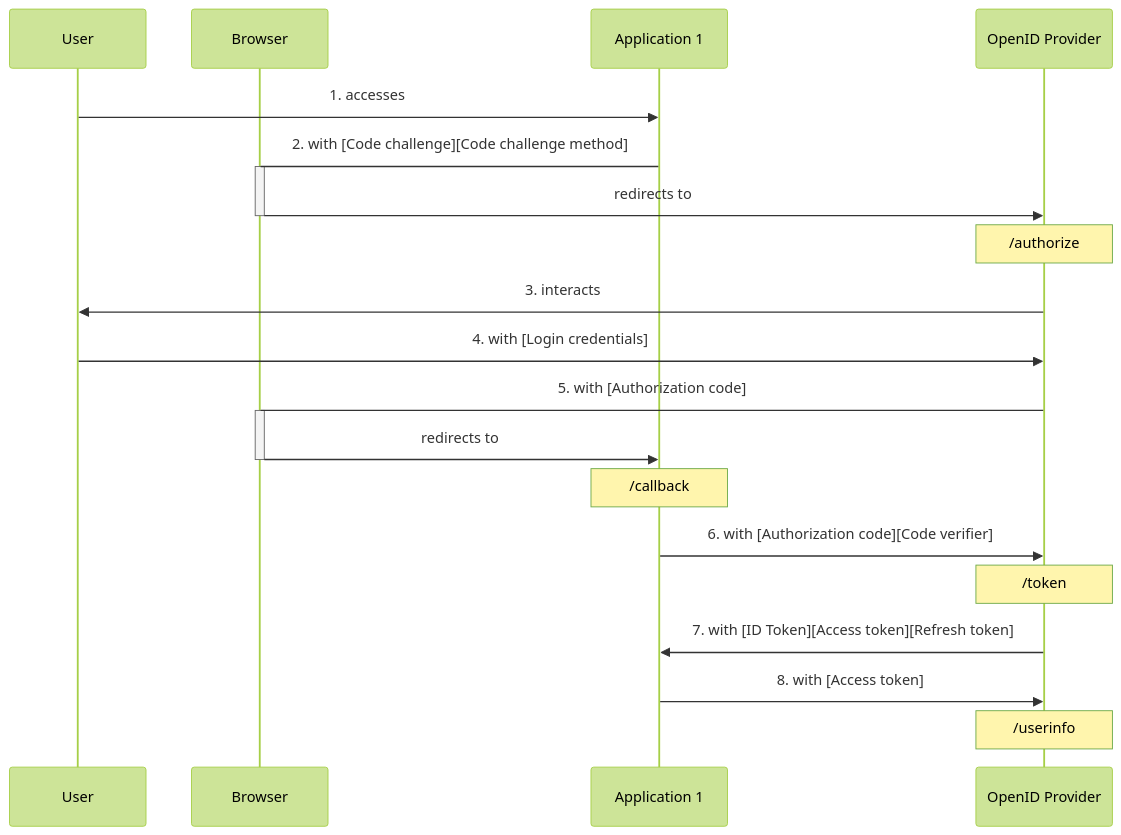
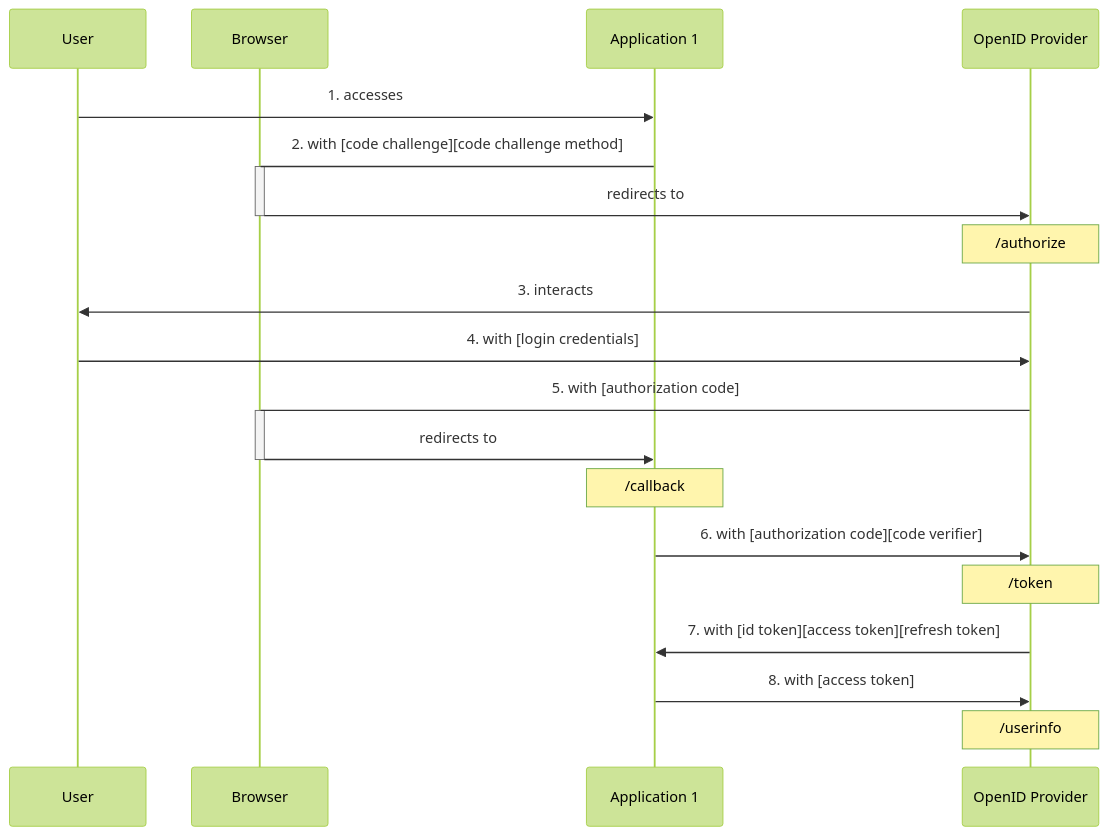
Before and after one commit to Octobug/blog: the first of 3 diagrams in posts/sso-auth/README.md, drawn with Mermaid (forest theme). The commit also changed other lines of this file, not shown here.

Commit message:
posts(orca): flow diagrams

````diff
--- a/posts/sso-auth/README.md
+++ b/posts/sso-auth/README.md
@@ -54,33 +55,33 @@
 ```mermaid
 sequenceDiagram
   participant User
   participant Browser
   participant Application 1
   participant OpenID Provider
 
   User->>Application 1: 1. accesses
 
-  Application 1->Browser: 2. with [Code challenge][Code challenge method]
+  Application 1->Browser: 2. with [code challenge][code challenge method]
   Activate Browser
   Browser->>OpenID Provider: redirects to
   Deactivate Browser
   Note over OpenID Provider: /authorize
 
   OpenID Provider->>User: 3. interacts
 
-  User->>OpenID Provider: 4. with [Login credentials]
+  User->>OpenID Provider: 4. with [login credentials]
 
-  OpenID Provider->Browser: 5. with [Authorization code]
+  OpenID Provider->Browser: 5. with [authorization code]
   Activate Browser
   Browser->>Application 1: redirects to
   Deactivate Browser
   Note over Application 1: /callback
 
-  Application 1->>OpenID Provider: 6. with [Authorization code][Code verifier]
+  Application 1->>OpenID Provider: 6. with [authorization code][code verifier]
   Note over OpenID Provider: /token
 
-  OpenID Provider->>Application 1: 7. with [ID Token][Access token][Refresh token]
+  OpenID Provider->>Application 1: 7. with [id token][access token][refresh token]
 
-  Application 1->>OpenID Provider: 8. with [Access token]
+  Application 1->>OpenID Provider: 8. with [access token]
   Note over OpenID Provider: /userinfo
 ```
````
